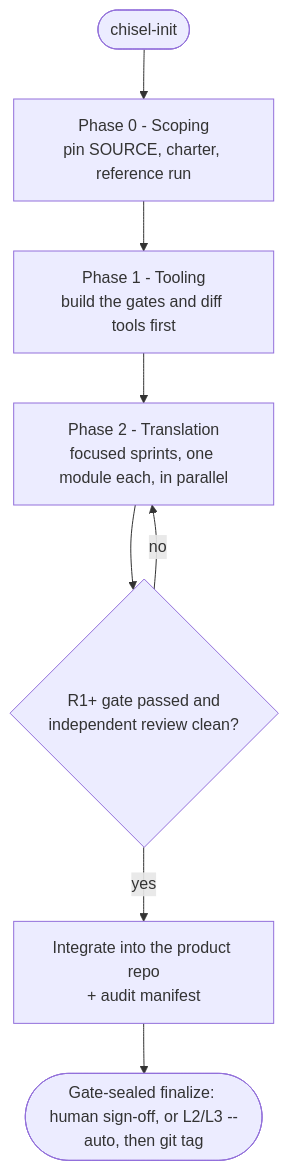
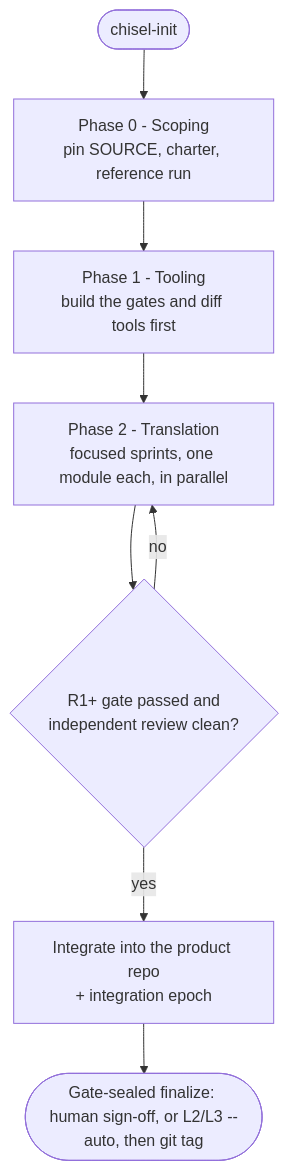
Before and after one commit to ecmwf/chisel: the diagram in README.md, drawn with Mermaid. The commit also changed other lines of this file and 23 other files, not shown here.

First line of the commit message:
Slim conformance: cut the two-repo provenance ceremony (audit-manifest + bindings) (#95)

````diff
--- a/README.md
+++ b/README.md
@@ -52,10 +52,10 @@
 ```mermaid
 flowchart TD
   A([chisel-init]) --> B[Phase 0 - Scoping<br/>pin SOURCE, charter, reference run]
   B --> C[Phase 1 - Tooling<br/>build the gates and diff tools first]
   C --> D[Phase 2 - Translation<br/>focused sprints, one module each, in parallel]
   D --> E{R1+ gate passed and<br/>independent review clean?}
   E -- no --> D
-  E -- yes --> F[Integrate into the product repo<br/>+ audit manifest]
+  E -- yes --> F[Integrate into the product repo<br/>+ integration epoch]
   F --> G([Gate-sealed finalize: human sign-off, or L2/L3 --auto, then git tag])
 ```
````
